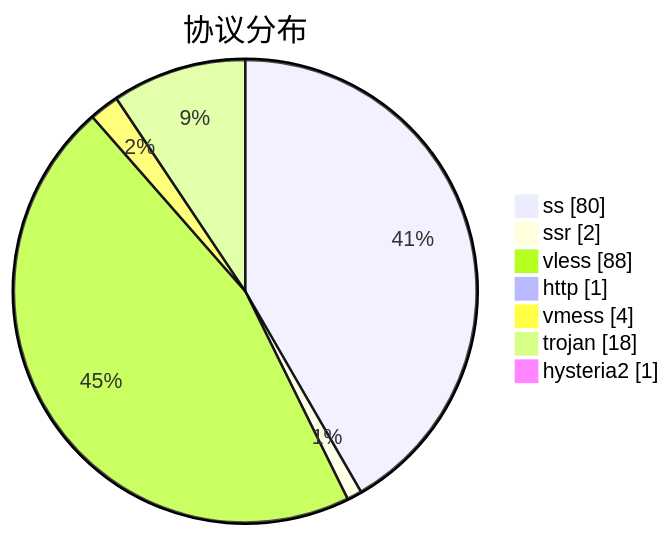
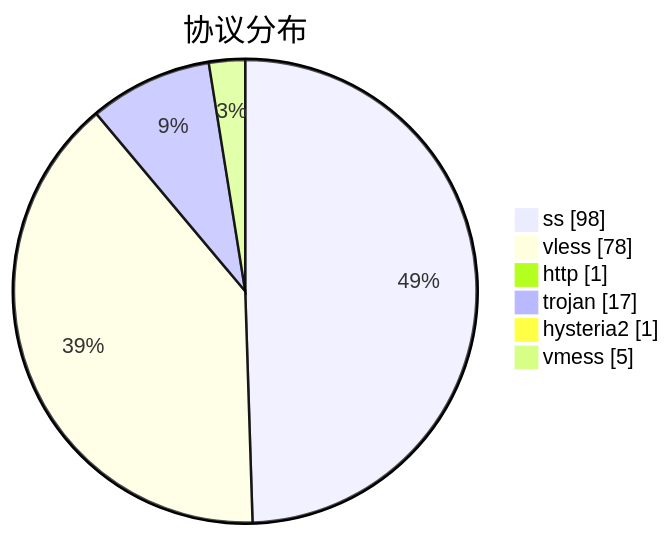
One commit to qjlxg/airport changed the third of 3 diagrams in subs/statistics/tested_within.md. Above: the diagram before and after it, drawn with Mermaid. The commit also changed other lines of this file and 2 other files, not shown here.

````diff
--- a/subs/statistics/tested_within.md
+++ b/subs/statistics/tested_within.md
@@ -27,11 +26,10 @@
 ```mermaid
 pie showData
 title 协议分布
-"ss" : 80
-"ssr" : 2
-"vless" : 88
+"ss" : 98
+"vless" : 78
 "http" : 1
-"vmess" : 4
-"trojan" : 18
+"trojan" : 17
 "hysteria2" : 1
+"vmess" : 5
 ```
````
